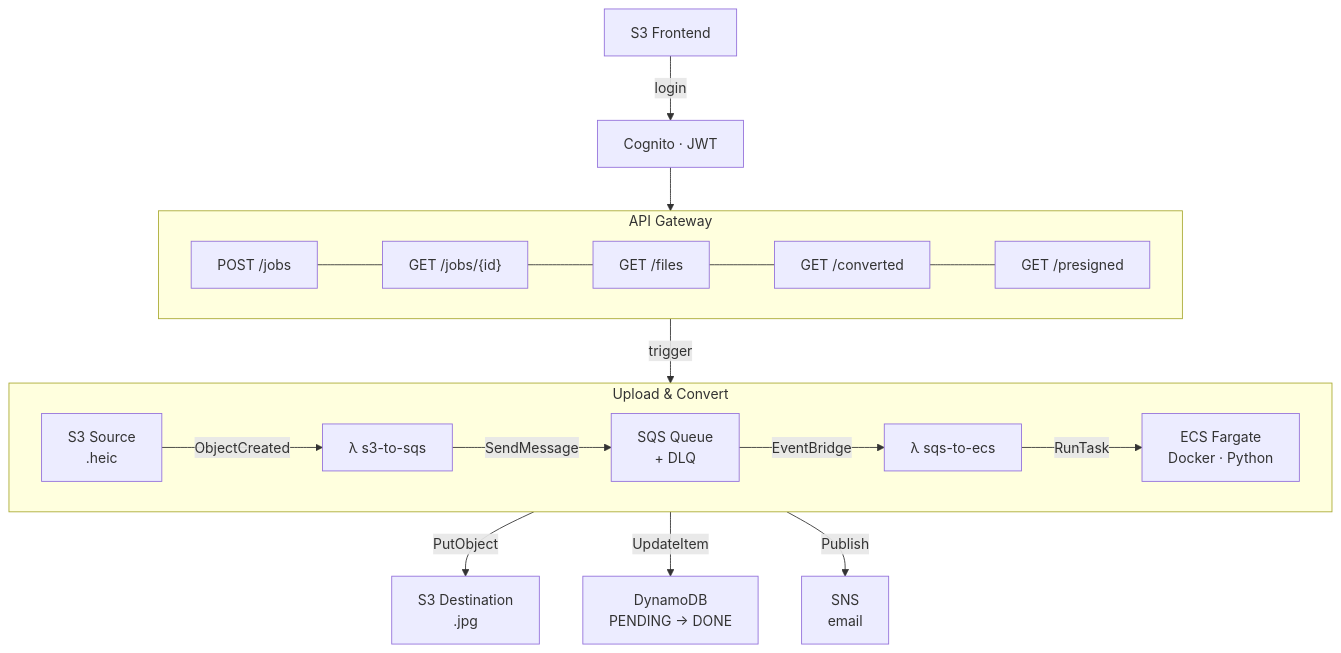
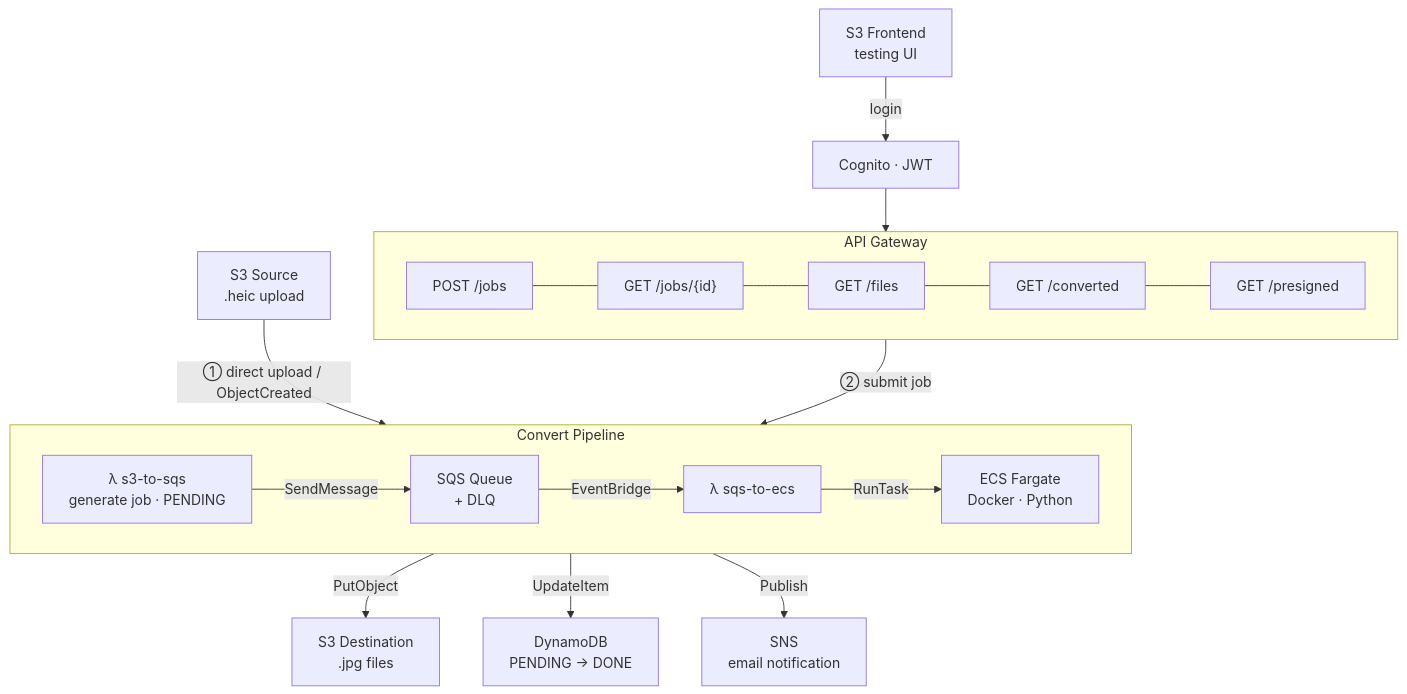
The diagram in README.md (pala3232/heic-converter-pipeline), drawn with Mermaid before and after one commit.

Commit message:
fixed readability of graph

````diff
--- a/README.md
+++ b/README.md
@@ -7,25 +7,28 @@
 ```mermaid
 graph TB
-    FE["S3 Frontend"] -->|login| CG["Cognito · JWT"]
+    S1["S3 Source<br/>.heic upload"]
+    FE["S3 Frontend<br/>testing UI"]
 
+    S1 -->|"① direct upload / ObjectCreated"| L1
+
+    FE -->|login| CG["Cognito · JWT"]
     CG --> API
 
     subgraph API["API Gateway"]
         direction LR
         R1["POST /jobs"] --- R2["GET /jobs/{id}"] --- R3["GET /files"] --- R4["GET /converted"] --- R5["GET /presigned"]
     end
 
-    API -->|trigger| S1
+    API -->|"② submit job"| L1["λ s3-to-sqs<br/>generate job · PENDING"]
 
-    subgraph pipeline["Upload & Convert"]
+    subgraph pipeline["Convert Pipeline"]
         direction LR
-        S1["S3 Source<br/>.heic"] -->|ObjectCreated| L1["λ s3-to-sqs"]
         L1 -->|SendMessage| SQ["SQS Queue<br/>+ DLQ"]
         SQ -->|EventBridge| L2["λ sqs-to-ecs"]
         L2 -->|RunTask| EC["ECS Fargate<br/>Docker · Python"]
     end
 
-    EC -->|PutObject| S2["S3 Destination<br/>.jpg"]
+    EC -->|PutObject| S2["S3 Destination<br/>.jpg files"]
     EC -->|UpdateItem| DB["DynamoDB<br/>PENDING → DONE"]
-    EC -->|Publish| SN["SNS\nemail"]
+    EC -->|Publish| SN["SNS<br/>email notification"]
 ```
````
